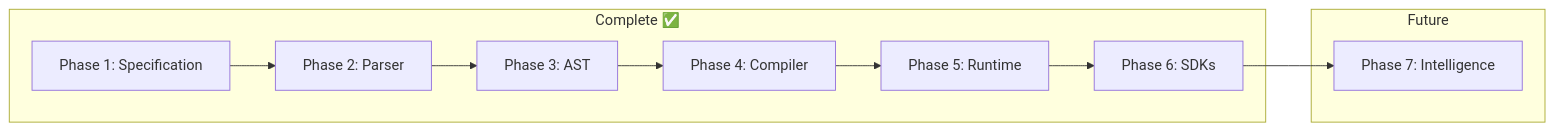
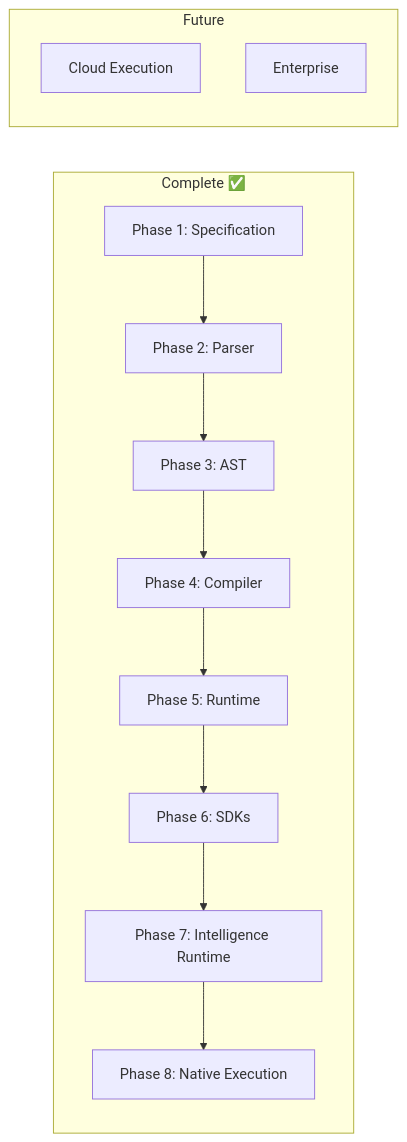
The seventh of 7 diagrams in brain.md (tcp-ecosystem/MAM), drawn with Mermaid before and after one commit. The commit also changed other lines of this file and 4 other files, not shown here.

````diff
--- a/brain.md
+++ b/brain.md
@@ -229,22 +239,26 @@
 ```mermaid
 graph LR
     A[Phase 1: Specification] --> B[Phase 2: Parser]
     B --> C[Phase 3: AST]
     C --> D[Phase 4: Compiler]
     D --> E[Phase 5: Runtime]
     E --> F[Phase 6: SDKs]
-    F --> G[Phase 7: Intelligence]
-    
+    F --> G[Phase 7: Intelligence Runtime]
+    G --> H[Phase 8: Native Execution]
+
     subgraph "Complete ✅"
         A
         B
         C
         D
         E
         F
+        G
+        H
     end
-    
+
     subgraph "Future"
-        G
+        I[Cloud Execution]
+        J[Enterprise]
     end
 ```
````
